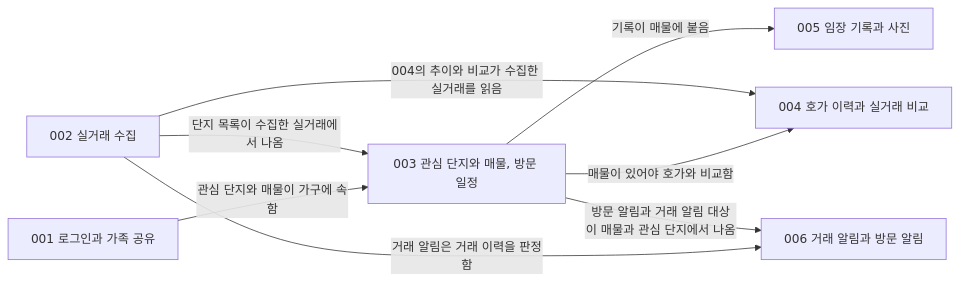
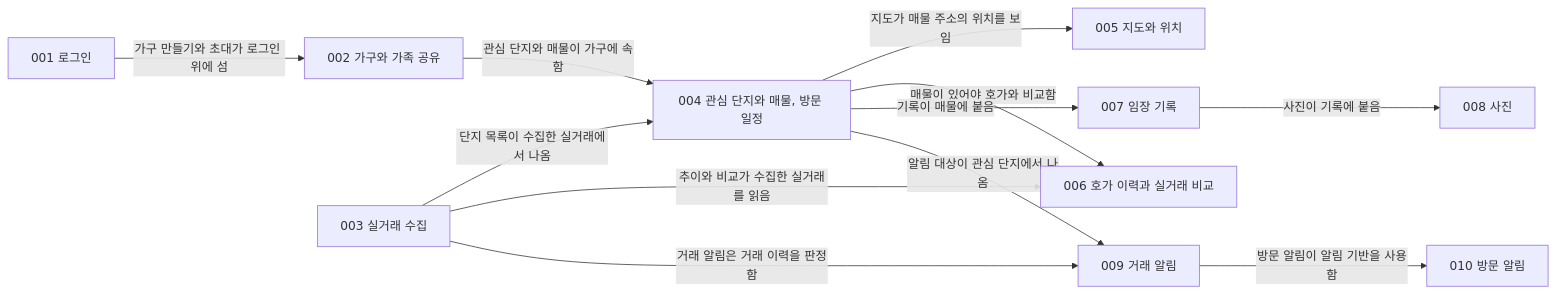
One commit to Park-Seung-Hun/real-estate changed the diagram in docs/backlog.md. Above: the diagram before and after it, drawn with Mermaid. The commit also changed other lines of this file and 8 other files, not shown here.

````diff
--- a/docs/backlog.md
+++ b/docs/backlog.md
@@ -9,17 +19,25 @@
 ```mermaid
 flowchart LR
-  f001["001 로그인과 가족 공유"]
-  f002["002 실거래 수집"]
-  f003["003 관심 단지와 매물, 방문 일정"]
-  f004["004 호가 이력과 실거래 비교"]
-  f005["005 임장 기록과 사진"]
-  f006["006 거래 알림과 방문 알림"]
+  f001["001 로그인"]
+  f002["002 가구와 가족 공유"]
+  f003["003 실거래 수집"]
+  f004["004 관심 단지와 매물, 방문 일정"]
+  f005["005 지도와 위치"]
+  f006["006 호가 이력과 실거래 비교"]
+  f007["007 임장 기록"]
+  f008["008 사진"]
+  f009["009 거래 알림"]
+  f010["010 방문 알림"]
 
-  f001 -->|"관심 단지와 매물이 가구에 속함"| f003
-  f002 -->|"단지 목록이 수집한 실거래에서 나옴"| f003
-  f003 -->|"매물이 있어야 호가와 비교함"| f004
-  f003 -->|"기록이 매물에 붙음"| f005
-  f002 -->|"거래 알림은 거래 이력을 판정함"| f006
-  f002 -->|"004의 추이와 비교가 수집한 실거래를 읽음"| f004
-  f003 -->|"방문 알림과 거래 알림 대상이 매물과 관심 단지에서 나옴"| f006
+  f001 -->|"가구 만들기와 초대가 로그인 위에 섬"| f002
+  f002 -->|"관심 단지와 매물이 가구에 속함"| f004
+  f003 -->|"단지 목록이 수집한 실거래에서 나옴"| f004
+  f004 -->|"지도가 매물 주소의 위치를 보임"| f005
+  f004 -->|"매물이 있어야 호가와 비교함"| f006
+  f003 -->|"추이와 비교가 수집한 실거래를 읽음"| f006
+  f004 -->|"기록이 매물에 붙음"| f007
+  f007 -->|"사진이 기록에 붙음"| f008
+  f003 -->|"거래 알림은 거래 이력을 판정함"| f009
+  f004 -->|"알림 대상이 관심 단지에서 나옴"| f009
+  f009 -->|"방문 알림이 알림 기반을 사용함"| f010
 ```
````
